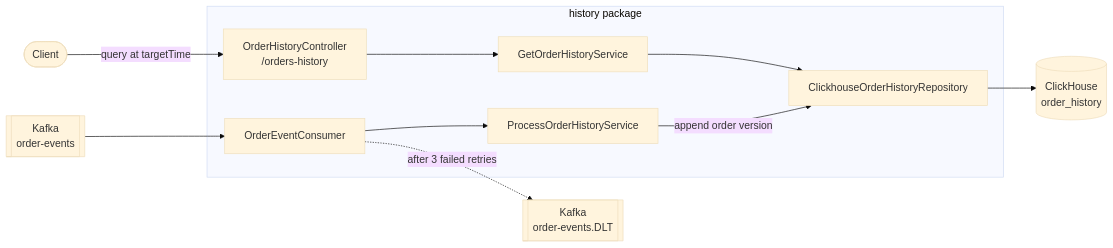
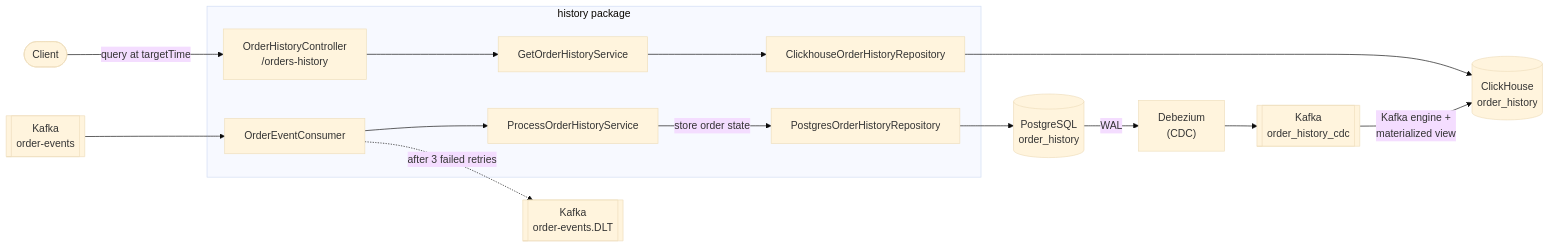
Before and after one commit to diana-lora/orders-clickhouse-read-replica: the second of 2 diagrams in README.md, drawn with Mermaid (base theme). The commit also changed other lines of this file and 6 other files, not shown here.

````diff
--- a/README.md
+++ b/README.md
@@ -57,25 +75,33 @@
 ```mermaid
 flowchart LR
     topic[["Kafka<br/>order-events"]]
     client([Client])
 
     subgraph history["history package"]
         consumer["OrderEventConsumer"]
         processService["ProcessOrderHistoryService"]
         historyController["OrderHistoryController<br/>/orders-history"]
         getHistoryService["GetOrderHistoryService"]
+        postgresRepository["PostgresOrderHistoryRepository"]
         historyRepository["ClickhouseOrderHistoryRepository"]
     end
 
     dlt[["Kafka<br/>order-events.DLT"]]
+    postgres[("PostgreSQL<br/>order_history")]
+    cdc["Debezium<br/>(CDC)"]
+    cdcTopic[["Kafka<br/>order_history_cdc"]]
     clickhouse[("ClickHouse<br/>order_history")]
 
     topic --> consumer
     consumer --> processService
     consumer -.->|"after 3 failed retries"| dlt
-    processService -->|"append order version"| historyRepository
+    processService -->|"store order state"| postgresRepository
+    postgresRepository --> postgres
+    postgres -->|"WAL"| cdc
+    cdc --> cdcTopic
+    cdcTopic -->|"Kafka engine +<br/>materialized view"| clickhouse
     client -->|"query at targetTime"| historyController
     historyController --> getHistoryService
     getHistoryService --> historyRepository
     historyRepository --> clickhouse
 ```
````
